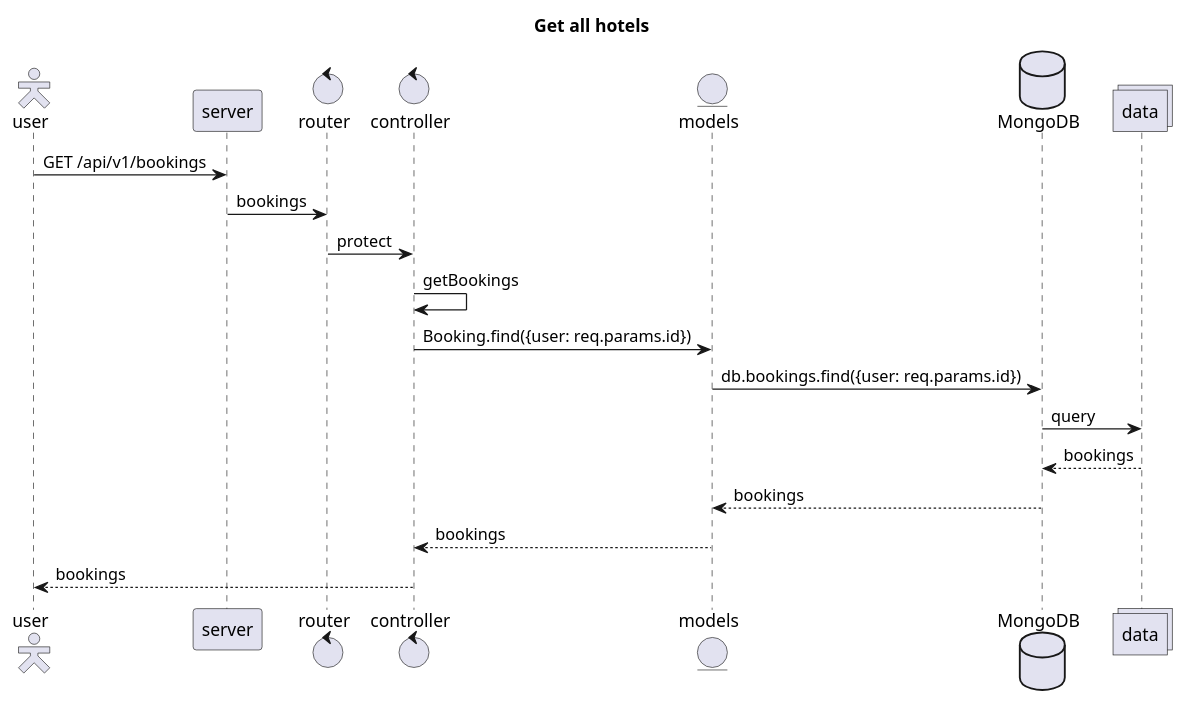
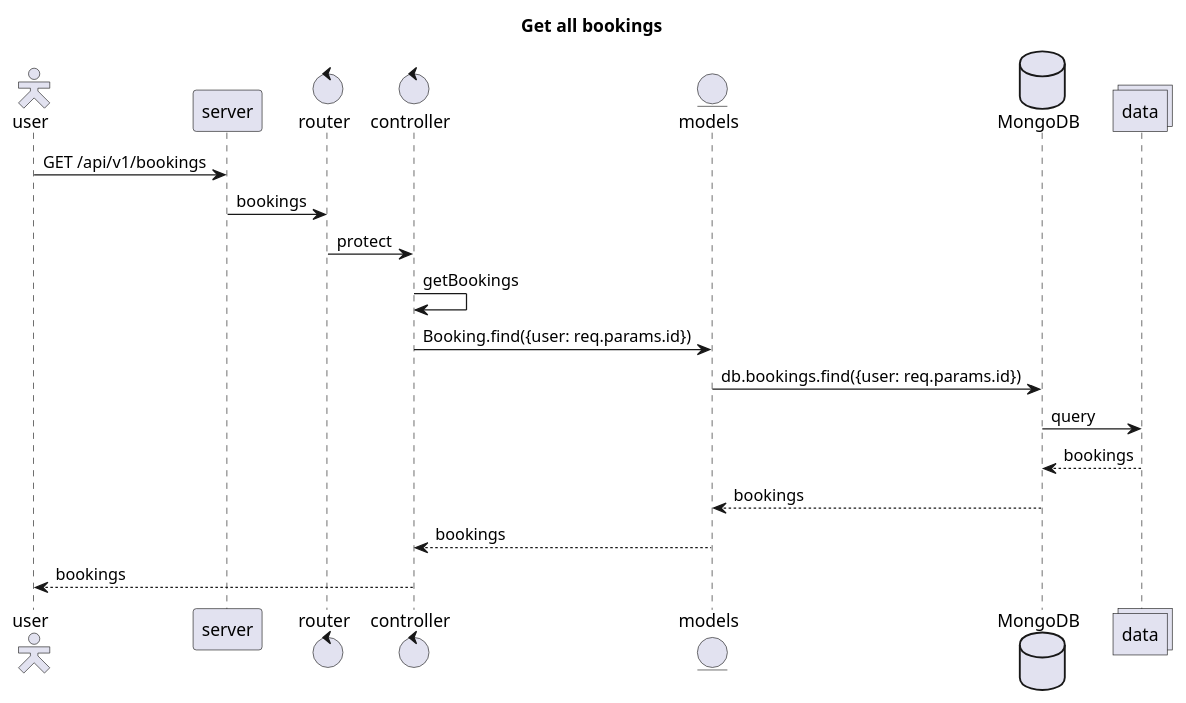
One commit to 2110503TACEDT66/presentation-day-1-groupback changed the diagram in diagrams/sequence41_viewbookings.puml. Above: the diagram before and after it, drawn with PlantUML. The commit also changed 6 other files, not shown here.

Commit message:
diagram update two

```diff
--- a/diagrams/sequence41_viewbookings.puml
+++ b/diagrams/sequence41_viewbookings.puml
@@ -1,22 +1,22 @@
 @startuml sequence
-title Get all hotels
+title Get all bookings
 skinparam actorStyle Hollow
 actor user
 participant server
 control router
 control controller
 entity models
 database MongoDB as db
 collections data
 user -> server : GET /api/v1/bookings
 server -> router : bookings
 router -> controller : protect
 controller -> controller : getBookings
 controller -> models : Booking.find({user: req.params.id})
 models -> db : db.bookings.find({user: req.params.id})
 db -> data : query
 db <-- data : bookings
 models <-- db : bookings
 controller <-- models : bookings
 user <-- controller : bookings
 @enduml
```
